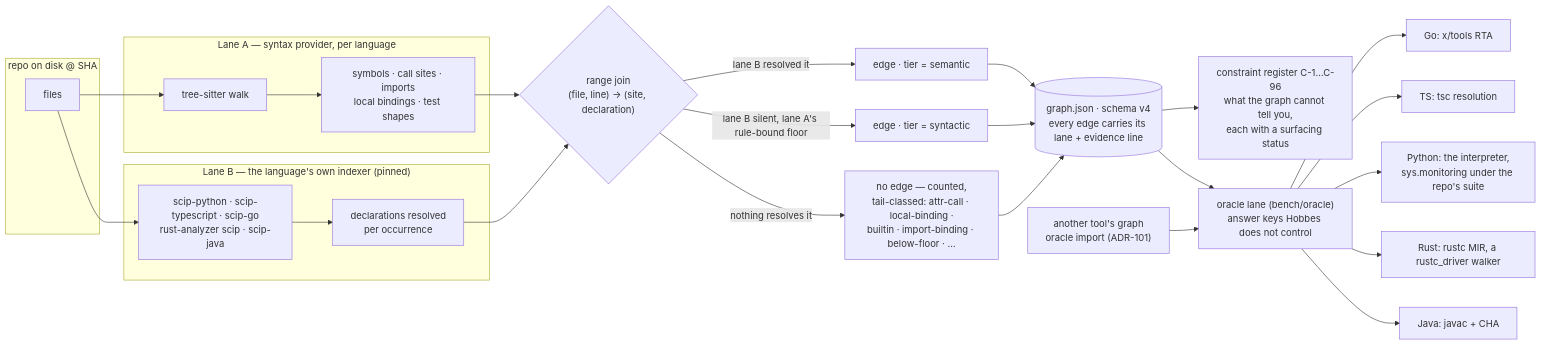
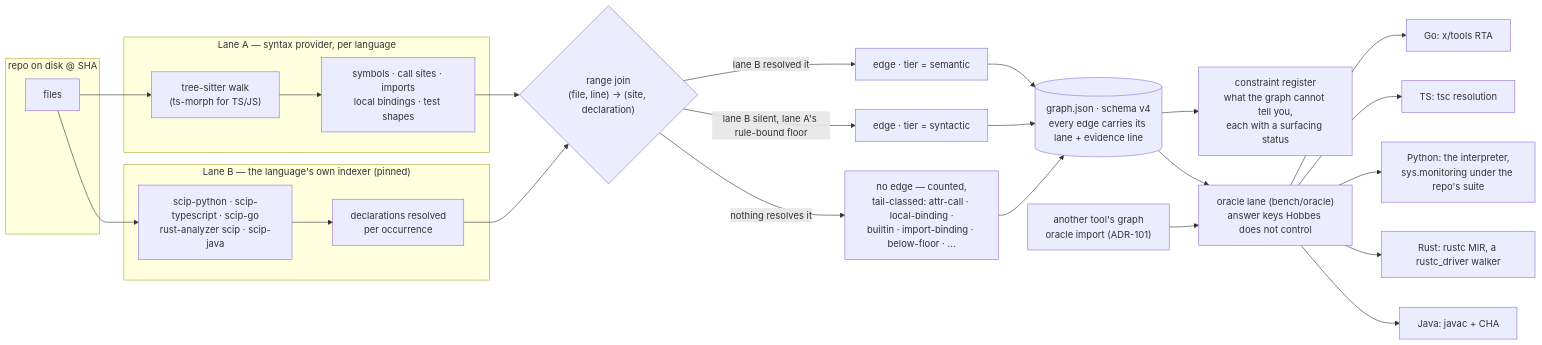
The first of 2 diagrams in docs/how-hobbes-differs.md (majax7714/Hobbes), drawn with Mermaid before and after one commit. The commit also changed other lines of this file and 7 other files, not shown here.

````diff
--- a/docs/how-hobbes-differs.md
+++ b/docs/how-hobbes-differs.md
@@ -33,30 +33,30 @@
 ```mermaid
 flowchart LR
   subgraph repo["repo on disk @ SHA"]
     F[files]
   end
   subgraph A["Lane A — syntax provider, per language"]
-    TS[tree-sitter walk] --> S1[symbols · call sites · imports<br/>local bindings · test shapes]
+    TS["tree-sitter walk<br/>(ts-morph for TS/JS)"] --> S1[symbols · call sites · imports<br/>local bindings · test shapes]
   end
   subgraph B["Lane B — the language's own indexer (pinned)"]
     SCIP[scip-python · scip-typescript · scip-go<br/>rust-analyzer scip · scip-java] --> S2[declarations resolved<br/>per occurrence]
   end
   F --> TS
   F --> SCIP
   S1 --> J{"range join<br/>(file, line) → (site, declaration)"}
   S2 --> J
   J -->|"lane B resolved it"| SEM["edge · tier = semantic"]
   J -->|"lane B silent, lane A's rule-bound floor"| SYN["edge · tier = syntactic"]
   J -->|"nothing resolves it"| TAIL["no edge — counted,<br/>tail-classed: attr-call · local-binding ·<br/>builtin · import-binding · below-floor · …"]
   SEM --> G[(graph.json · schema v4<br/>every edge carries its lane + evidence line)]
   SYN --> G
   TAIL --> G
-  G --> REG["constraint register C-1…C-96<br/>what the graph cannot tell you,<br/>each with a surfacing status"]
+  G --> REG["constraint register<br/>what the graph cannot tell you,<br/>each with a surfacing status"]
   G --> ORA["oracle lane (bench/oracle)<br/>answer keys Hobbes does not control"]
   ORA --> O1[Go: x/tools RTA]
   ORA --> O2[TS: tsc resolution]
   ORA --> O3[Python: the interpreter,<br/>sys.monitoring under the repo's suite]
   ORA --> O4[Rust: rustc MIR, a rustc_driver walker]
   ORA --> O5[Java: javac + CHA]
   FOREIGN["another tool's graph<br/>oracle import (ADR-101)"] --> ORA
 ```
````
